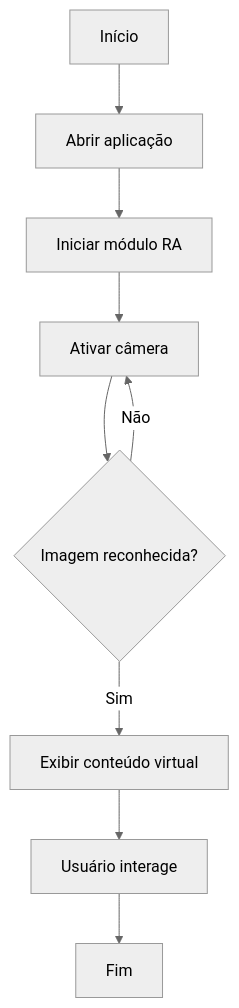
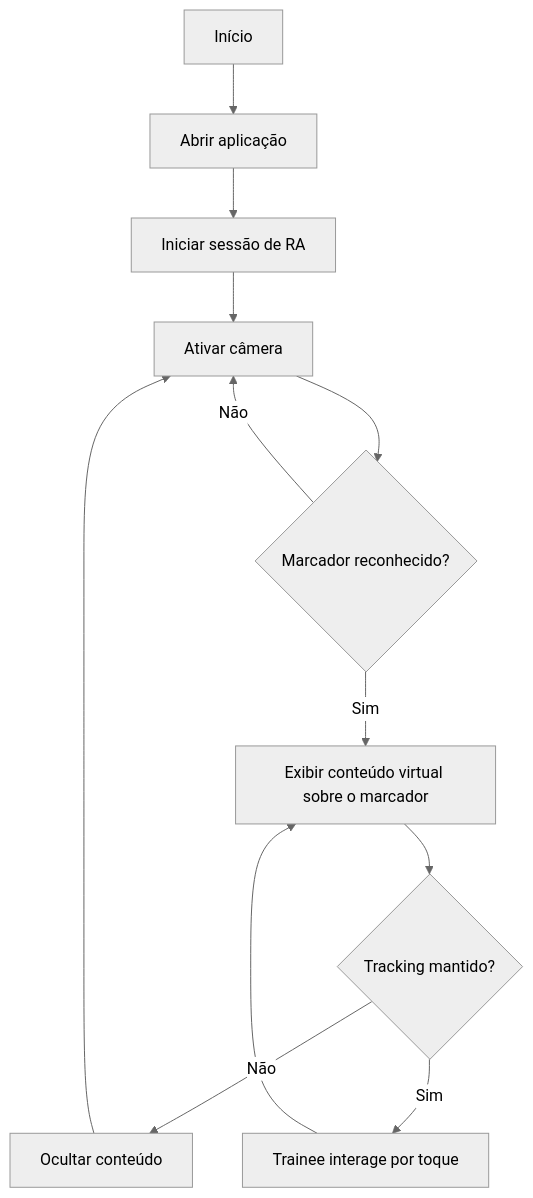
One commit to lfmutton/AR_UPX_Project changed the second of 3 diagrams in README.md. Above: the diagram before and after it, drawn with Mermaid (neutral theme). The commit also changed other lines of this file, not shown here.

````diff
--- a/README.md
+++ b/README.md
@@ -322,11 +339,13 @@
 ```mermaid
 flowchart TD
     A[Início] --> B[Abrir aplicação]
-    B --> C[Iniciar módulo RA]
+    B --> C[Iniciar sessão de RA]
     C --> D[Ativar câmera]
-    D --> E{Imagem reconhecida?}
+    D --> E{Marcador reconhecido?}
     E -- Não --> D
-    E -- Sim --> F[Exibir conteúdo virtual]
-    F --> G[Usuário interage]
-    G --> H[Fim]
+    E -- Sim --> F[Exibir conteúdo virtual sobre o marcador]
+    F --> G{Tracking mantido?}
+    G -- Não --> H[Ocultar conteúdo] --> D
+    G -- Sim --> I[Trainee interage por toque]
+    I --> F
 ```
````
